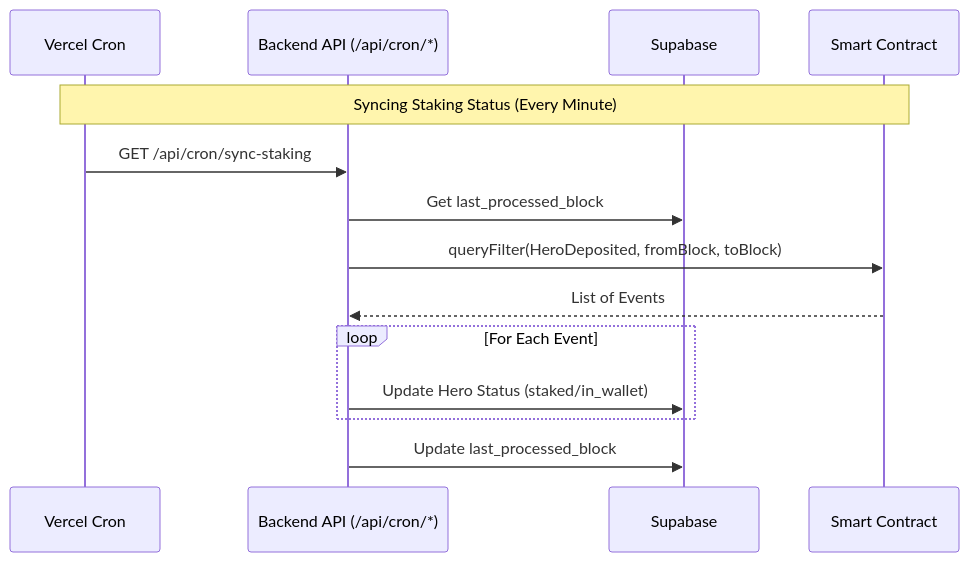
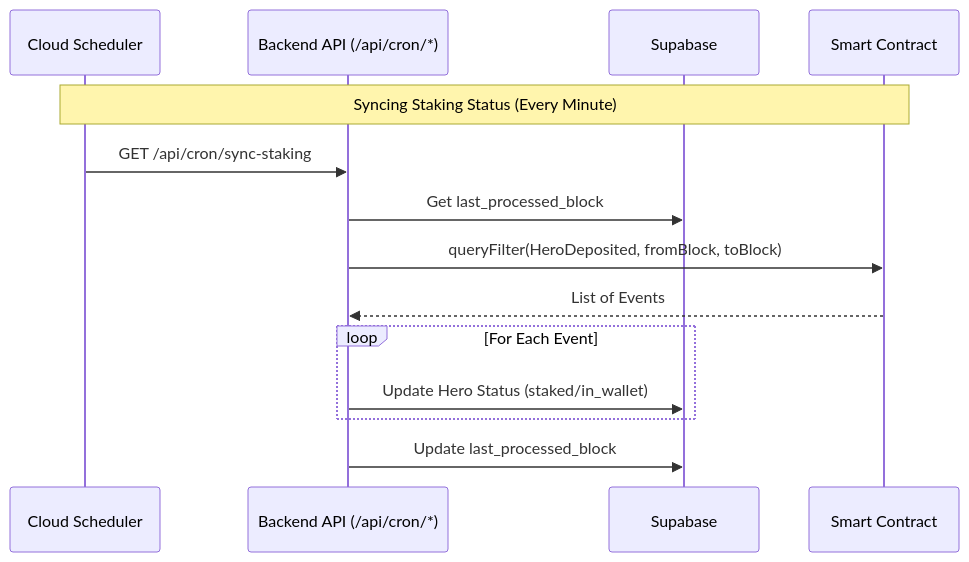
The fourth of 4 diagrams in docs/ARCHITECTURE.md (alanvito1/bomb_dash), drawn with Mermaid before and after one commit. The commit also changed other lines of this file and 4 other files, not shown here.

First line of the commit message:
feat: migrate to hybrid architecture (vercel frontend + cloud run backend)

````diff
--- a/docs/ARCHITECTURE.md
+++ b/docs/ARCHITECTURE.md
@@ -136,17 +147,17 @@
 ```mermaid
 sequenceDiagram
-    participant Cron as Vercel Cron
+    participant Scheduler as Cloud Scheduler
     participant API as Backend API (/api/cron/*)
     participant DB as Supabase
     participant BSC as Smart Contract
 
-    Note over Cron, BSC: Syncing Staking Status (Every Minute)
-    Cron->>API: GET /api/cron/sync-staking
+    Note over Scheduler, BSC: Syncing Staking Status (Every Minute)
+    Scheduler->>API: GET /api/cron/sync-staking
     API->>DB: Get last_processed_block
     API->>BSC: queryFilter(HeroDeposited, fromBlock, toBlock)
     BSC-->>API: List of Events
     loop For Each Event
         API->>DB: Update Hero Status (staked/in_wallet)
     end
     API->>DB: Update last_processed_block
 ```
````
